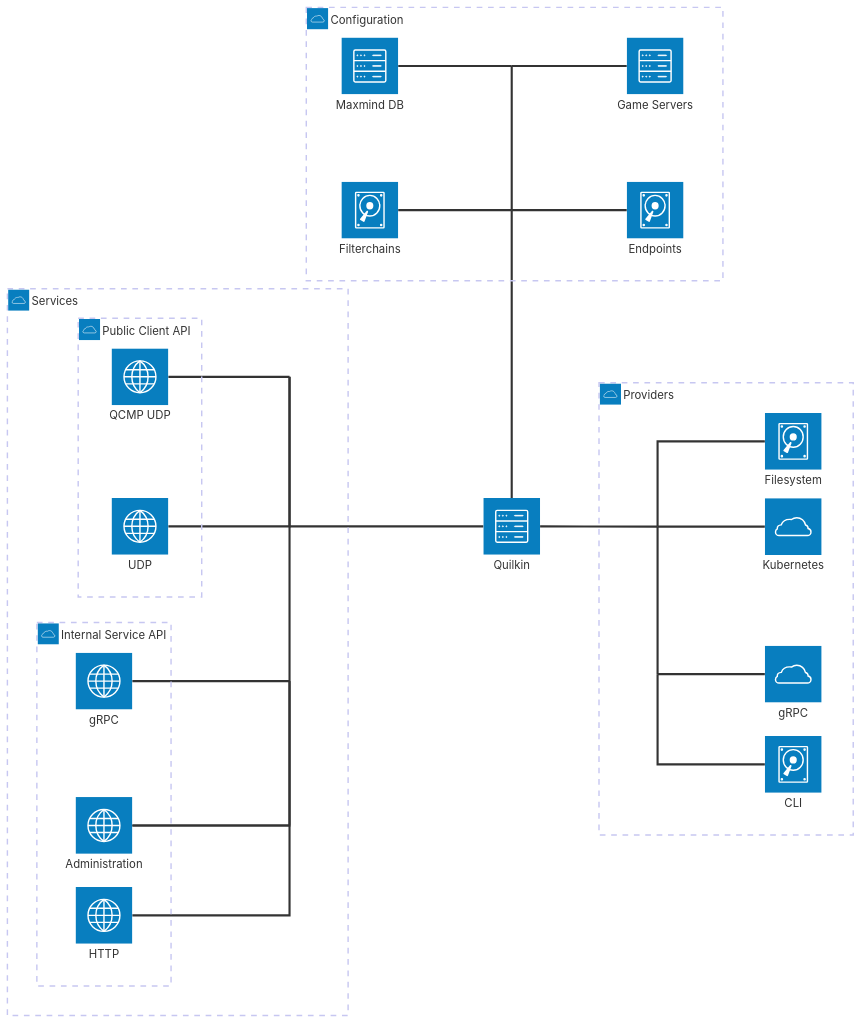
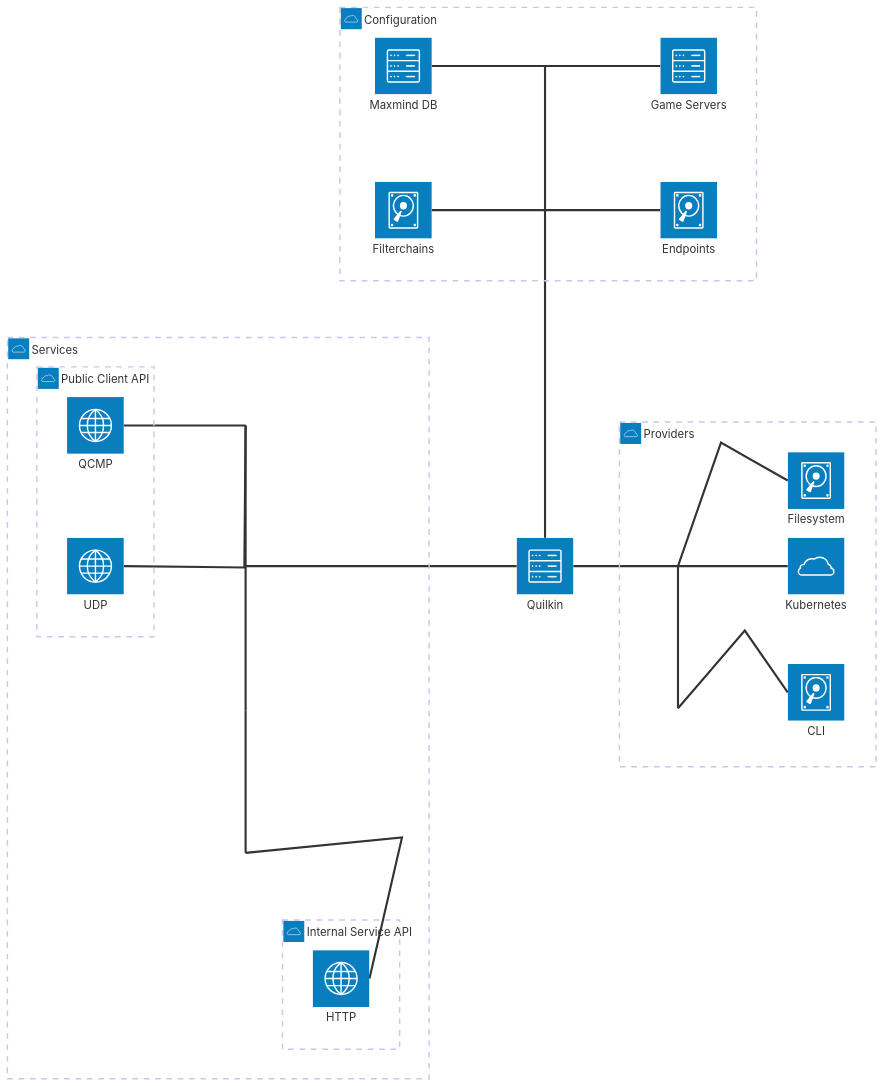
The diagram in docs/src/introduction.md (EmbarkStudios/quilkin), drawn with Mermaid before and after one commit. The commit also changed 31 other files, not shown here.

````diff
--- a/docs/src/introduction.md
+++ b/docs/src/introduction.md
@@ -49,60 +49,53 @@
 ```mermaid
 architecture-beta
     group services(cloud)[Services]
     group public(cloud)[Public Client API] in services
     group private(cloud)[Internal Service API] in services
     group providers(cloud)[Providers]
     group config(cloud)[Configuration]
 
     service udp(internet)[UDP] in public
-    service qcmp(internet)[QCMP UDP] in public
+    service qcmp(internet)[QCMP] in public
     junction sp1 in services
     junction sp3 in services
 
-    service metrics(internet)[Administration] in private
-    service grpc(internet)[gRPC] in private
     service http(internet)[HTTP] in private
     junction sp2 in services
     junction sp4 in services
 
     service k8s(cloud)[Kubernetes] in providers
     service fs(disk)[Filesystem] in providers
-    service xds(cloud)[gRPC] in providers
     service cli(disk)[CLI] in providers
     junction p1 in providers
     junction p2 in providers
 
     service filters(disk)[Filterchains] in config
     service endpoints(disk)[Endpoints] in config
     service gameservers(server)[Game Servers] in config
     service mmdb(server)[Maxmind DB] in config
     junction c1 in config
     junction c2 in config
 
     service quilkin(server)[Quilkin]
 
     sp1:T -- R:udp
     sp1:L -- R:qcmp
     sp1:B -- T:sp3
 
     sp2:T -- B:sp3
-    sp2:L -- R:grpc
-    sp2:B -- R:metrics
-    sp4:L -- R:metrics
     sp4:B -- R:http
     sp4:T -- B:sp2
     sp3:R -- L:quilkin
 
     quilkin:R -- L:p1
     p1:T -- L:fs
     p1:R -- L:k8s
     p1:B -- T:p2
-    p2:R -- L:xds
     p2:B -- L:cli
     c2:L -- R:mmdb
     c2:R -- L:gameservers
     c1:T -- B:c2
     c1:R -- L:endpoints
     c1:L -- R:filters
     c1:B -- T:quilkin
 ```
````
